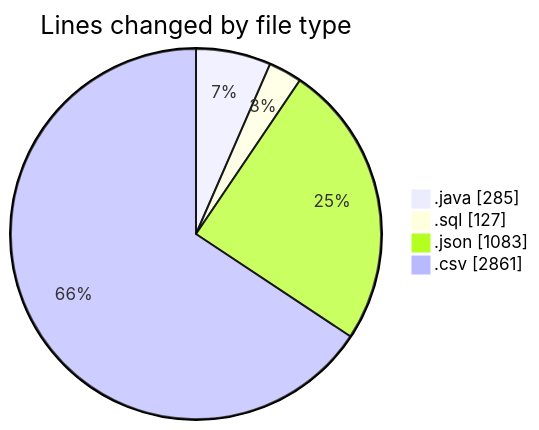
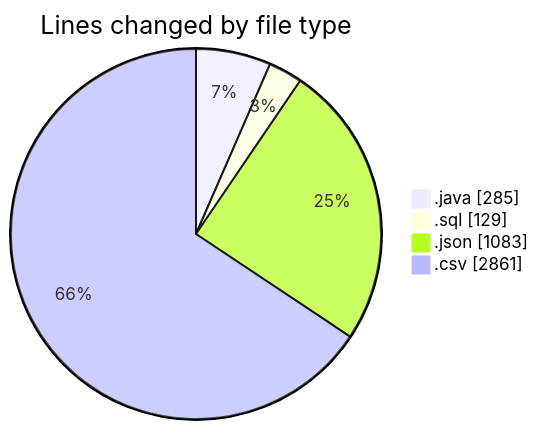
The first of 2 diagrams in 2026-06-02/cilapp/README.md (ricardozamudiocil/code-tracking), drawn with Mermaid before and after one commit. The commit also changed other lines of this file and 1 other file, not shown here.

````diff
--- a/2026-06-02/cilapp/README.md
+++ b/2026-06-02/cilapp/README.md
@@ -25,8 +25,8 @@
 ```mermaid
 pie showData
 title Lines changed by file type
 ".java" : 285
-".sql" : 127
+".sql" : 129
 ".json" : 1083
 ".csv" : 2861
 ```
````
